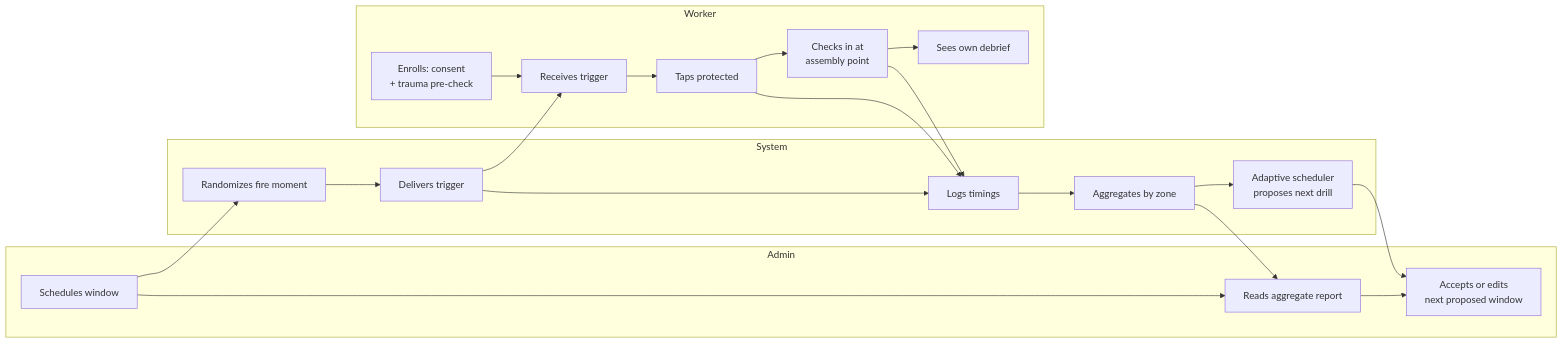
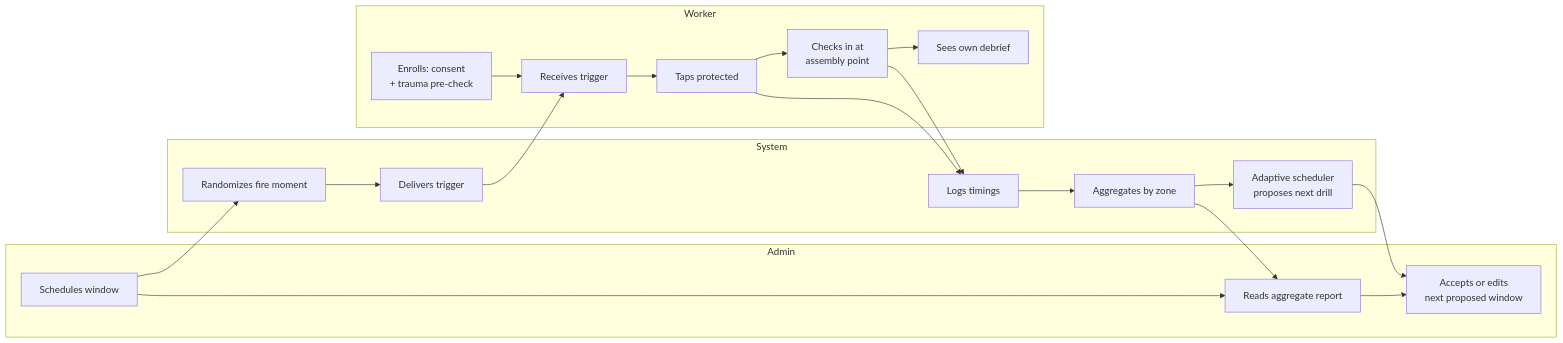
One commit to fatimafortes/primeros8 changed the second of 2 diagrams in docs/PACKET.md. Above: the diagram before and after it, drawn with Mermaid. The commit also changed other lines of this file and 1 other file, not shown here.

````diff
--- a/docs/PACKET.md
+++ b/docs/PACKET.md
@@ -48,20 +48,20 @@
 ```mermaid
 flowchart LR
     subgraph Admin
         A1[Schedules window] --> A2[Reads aggregate report] --> A3[Accepts or edits<br/>next proposed window]
     end
     subgraph System
-        S1[Randomizes fire moment] --> S2[Delivers trigger] --> S3[Logs timings]
-        S3 --> S4[Aggregates by zone] --> S5[Adaptive scheduler<br/>proposes next drill]
+        S1[Randomizes fire moment] --> S2[Delivers trigger]
+        S3[Logs timings] --> S4[Aggregates by zone] --> S5[Adaptive scheduler<br/>proposes next drill]
     end
     subgraph Worker
         W1[Enrolls: consent<br/>+ trauma pre-check] --> W2[Receives trigger] --> W3[Taps protected]
         W3 --> W4[Checks in at<br/>assembly point] --> W5[Sees own debrief]
     end
     A1 --> S1
     S2 --> W2
     W3 --> S3
     W4 --> S3
     S4 --> A2
     S5 --> A3
 ```
````
